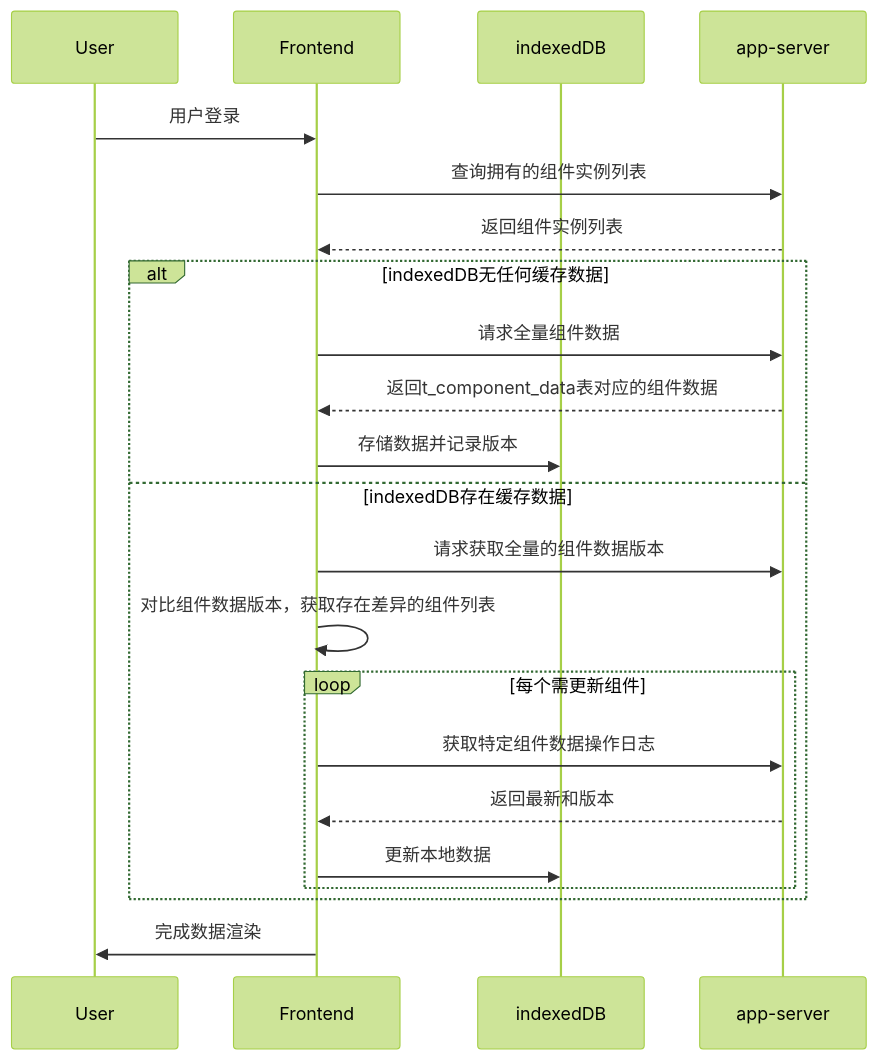
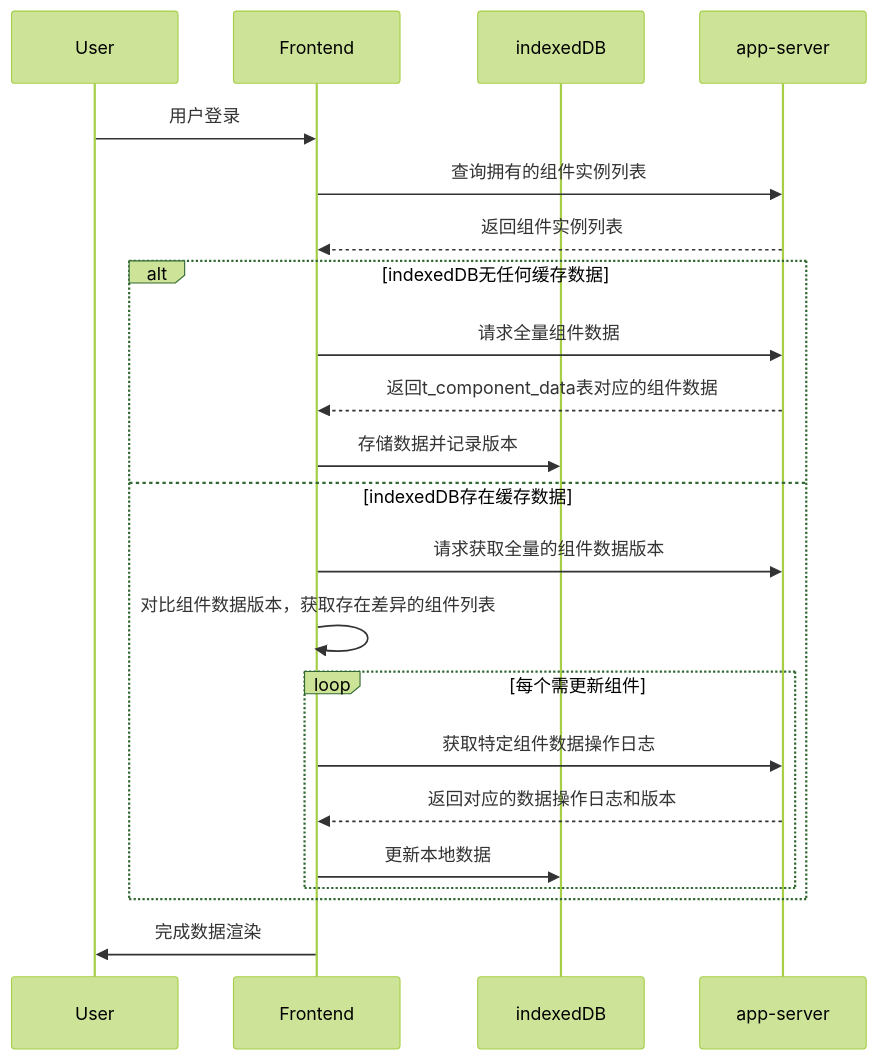
One commit to yingjianzh/iodraw-files changed the diagram in all/未命名-25.md. Above: the diagram before and after it, drawn with Mermaid (forest theme).

Commit message:
2025-02-25 10:52:40 update

````diff
--- a/all/未命名-25.md
+++ b/all/未命名-25.md
@@ -1,29 +1,29 @@
 ```mermaid
 
 sequenceDiagram
     participant User
     participant Frontend
     participant indexedDB
     participant app-server
 
 
     User->>Frontend: 用户登录
     Frontend->>app-server: 查询拥有的组件实例列表
     app-server-->>Frontend: 返回组件实例列表
     
     alt indexedDB无任何缓存数据
         Frontend->>app-server: 请求全量组件数据
         app-server-->>Frontend: 返回t_component_data表对应的组件数据
         Frontend->>indexedDB: 存储数据并记录版本
     else indexedDB存在缓存数据
         Frontend->>app-server: 请求获取全量的组件数据版本
         Frontend->>Frontend: 对比组件数据版本，获取存在差异的组件列表
         loop 每个需更新组件
             Frontend->>app-server: 获取特定组件数据操作日志
-            app-server-->>Frontend: 返回最新和版本
+            app-server-->>Frontend: 返回对应的数据操作日志和版本
             Frontend->>indexedDB: 更新本地数据
         end
     end
     Frontend->>User: 完成数据渲染
 
 ```
````
